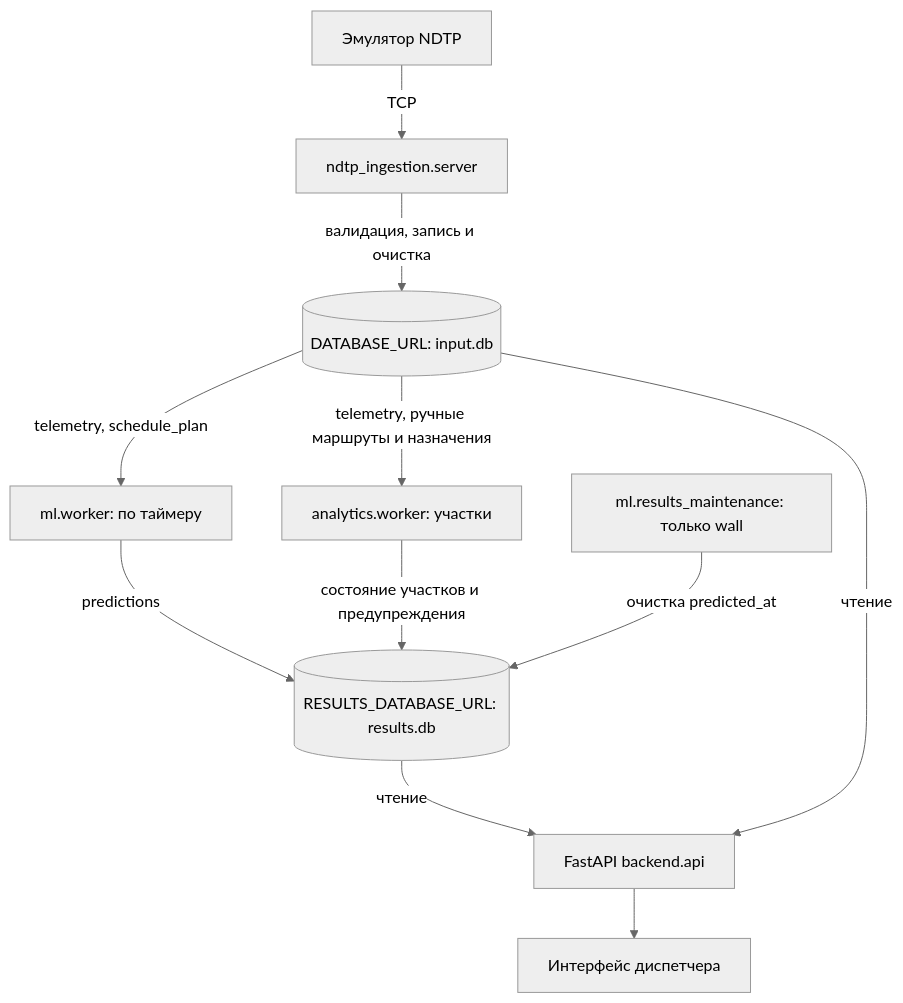
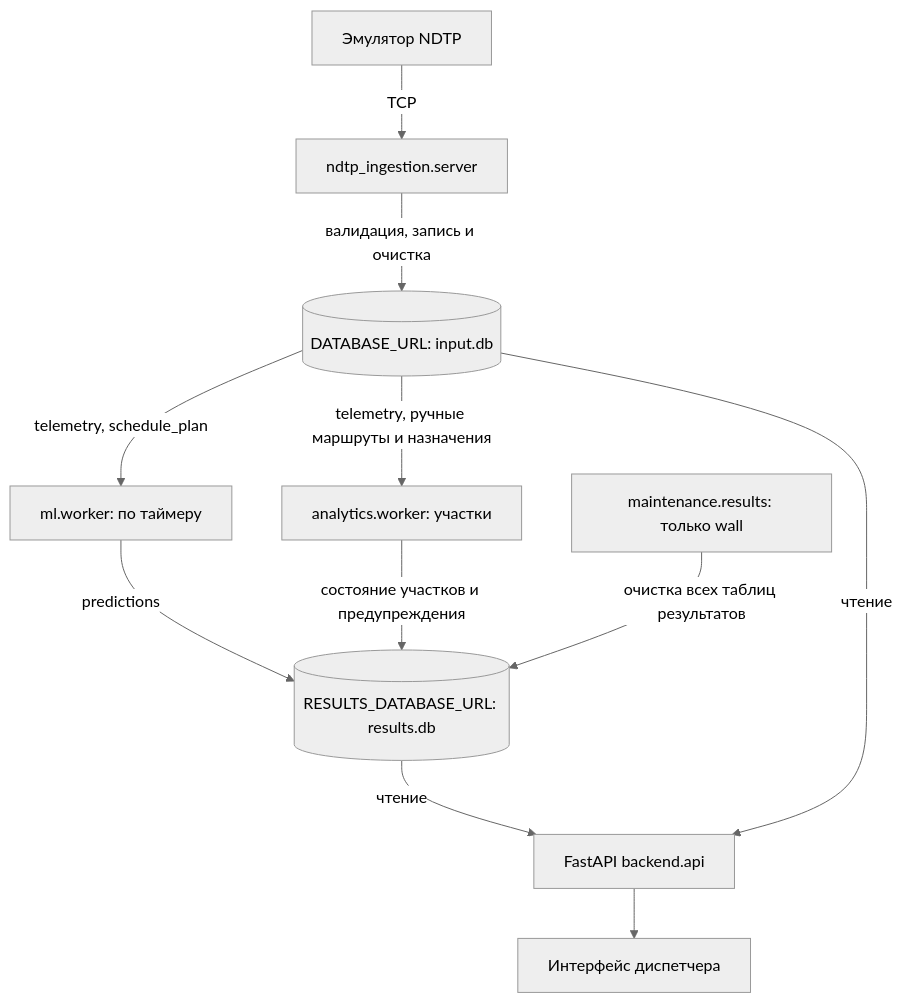
Before and after one commit to ivoilovskaya/delay_prediction_platform: the diagram in README.md, drawn with Mermaid (neutral theme). The commit also changed other lines of this file and 26 other files, not shown here.

Commit message:
Integrate analytics with Docker and independent per-table results maintenance

````diff
--- a/README.md
+++ b/README.md
@@ -7,13 +7,13 @@
 ```mermaid
 flowchart TB
     E["Эмулятор NDTP"] -->|TCP| I["ndtp_ingestion.server"]
     I -->|валидация, запись и очистка| DB[("DATABASE_URL: input.db")]
     DB -->|"telemetry, schedule_plan"| W["ml.worker: по таймеру"]
     DB -->|"telemetry, ручные маршруты и назначения"| SW["analytics.worker: участки"]
     W -->|"predictions"| R[("RESULTS_DATABASE_URL: results.db")]
     SW -->|"состояние участков и предупреждения"| R
     R -->|чтение| A
-    C["ml.results_maintenance: только wall"] -->|очистка predicted_at| R
+    C["maintenance.results: только wall"] -->|очистка всех таблиц результатов| R
     DB -->|чтение| A["FastAPI backend.api"]
     A --> UI["Интерфейс диспетчера"]
 ```
````
